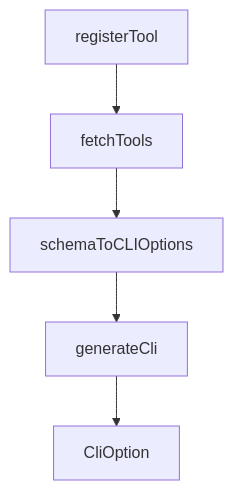
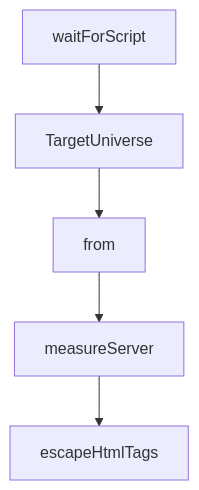
Before and after one commit to johnxie/awesome-code-docs: the diagram in tutorials/chrome-devtools-mcp-tutorial/02-architecture-and-design-principles.md, drawn with Mermaid. The commit also changed other lines of this file and 1232 other files, not shown here.

````diff
--- a/tutorials/chrome-devtools-mcp-tutorial/02-architecture-and-design-principles.md
+++ b/tutorials/chrome-devtools-mcp-tutorial/02-architecture-and-design-principles.md
@@ -212,12 +210,12 @@
 ```mermaid
 flowchart TD
-    A[registerTool]
-    B[fetchTools]
-    C[schemaToCLIOptions]
-    D[generateCli]
-    E[CliOption]
+    A[waitForScript]
+    B[TargetUniverse]
+    C[from]
+    D[measureServer]
+    E[escapeHtmlTags]
     A --> B
     B --> C
     C --> D
     D --> E
 ```
````
